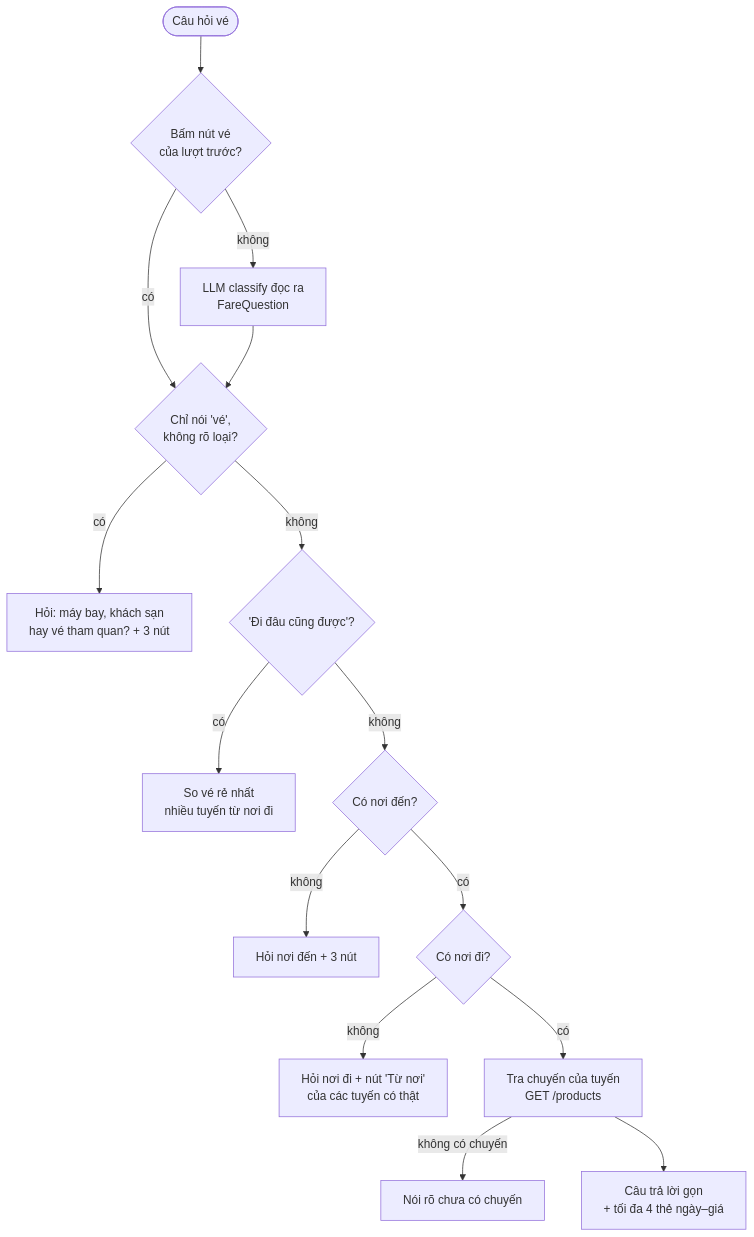
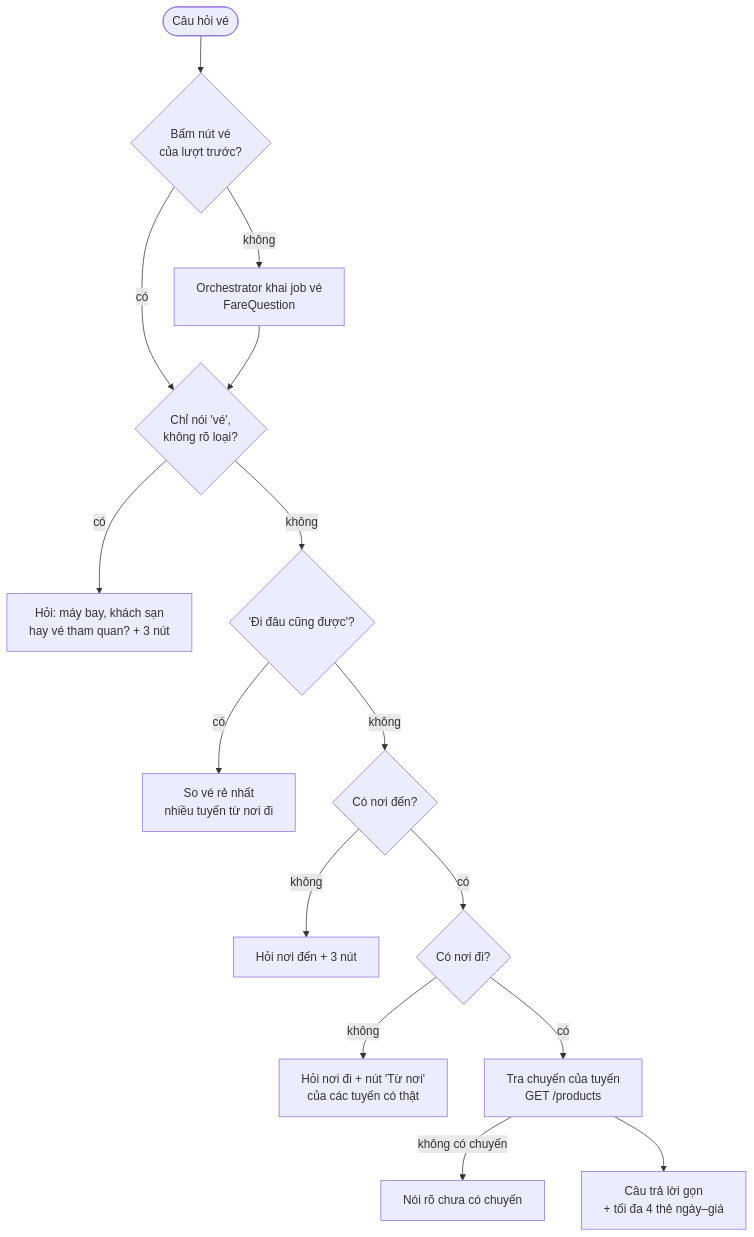
Before and after one commit to NguyenNhat4/Travel-Recommend-System: the diagram in docs/spec/agent/nghiep-vu/tu-van-ve-may-bay.md, drawn with Mermaid. The commit also changed other lines of this file and 163 other files, not shown here.

````diff
--- a/docs/spec/agent/nghiep-vu/tu-van-ve-may-bay.md
+++ b/docs/spec/agent/nghiep-vu/tu-van-ve-may-bay.md
@@ -16,17 +17,17 @@
 ```mermaid
 flowchart TD
     Q([Câu hỏi vé]) --> N{Bấm nút vé<br/>của lượt trước?}
     N -- có --> A
-    N -- không --> L[LLM classify đọc ra<br/>FareQuestion]
+    N -- không --> L[Orchestrator khai job vé<br/>FareQuestion]
     L --> A{Chỉ nói 'vé',<br/>không rõ loại?}
     A -- có --> K[Hỏi: máy bay, khách sạn<br/>hay vé tham quan? + 3 nút]
     A -- không --> W{'Đi đâu cũng được'?}
     W -- có --> M[So vé rẻ nhất<br/>nhiều tuyến từ nơi đi]
     W -- không --> D{Có nơi đến?}
     D -- không --> KD[Hỏi nơi đến + 3 nút]
     D -- có --> O{Có nơi đi?}
     O -- không --> KO[Hỏi nơi đi + nút 'Từ nơi'<br/>của các tuyến có thật]
     O -- có --> F[Tra chuyến của tuyến<br/>GET /products]
     F -- không có chuyến --> X[Nói rõ chưa có chuyến]
     F --> R[Câu trả lời gọn<br/>+ tối đa 4 thẻ ngày–giá]
 ```
````
